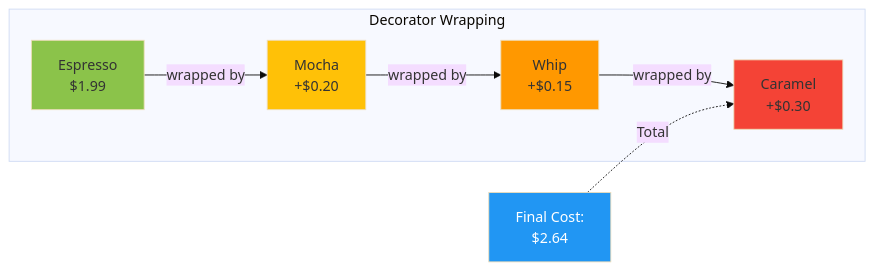
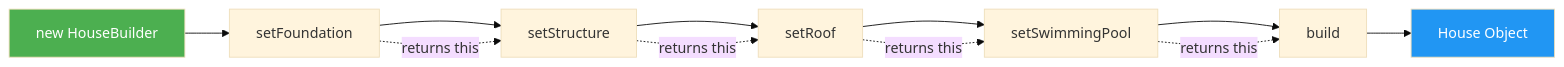
The fourth of 10 diagrams in README.md (saikrishnareddy1731/Builder-Design-Pattern), drawn with Mermaid (base theme) before and after one commit. The commit also changed other lines of this file, not shown here.

````diff
--- a/README.md
+++ b/README.md
@@ -221,16 +105,17 @@
 ```mermaid
-graph LR
-    subgraph "Decorator Wrapping"
-        A[Espresso<br/>$1.99] -->|wrapped by| B[Mocha<br/>+$0.20]
-        B -->|wrapped by| C[Whip<br/>+$0.15]
-        C -->|wrapped by| D[Caramel<br/>+$0.30]
-    end
+flowchart LR
+    A[new HouseBuilder] --> B[setFoundation]
+    B --> C[setStructure]
+    C --> D[setRoof]
+    D --> E[setSwimmingPool]
+    E --> F[build]
+    F --> G[House Object]
     
-    E[Final Cost:<br/>$2.64] -.->|Total| D
+    B -.->|returns this| C
+    C -.->|returns this| D
+    D -.->|returns this| E
+    E -.->|returns this| F
     
-    style A fill:#8BC34A
-    style B fill:#FFC107
-    style C fill:#FF9800
-    style D fill:#F44336
-    style E fill:#2196F3,color:#fff
+    style A fill:#4CAF50,color:#fff
+    style G fill:#2196F3,color:#fff
 ```
````
